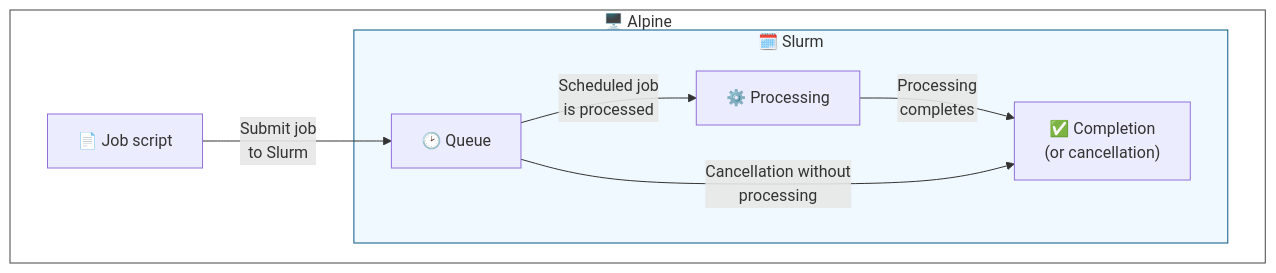
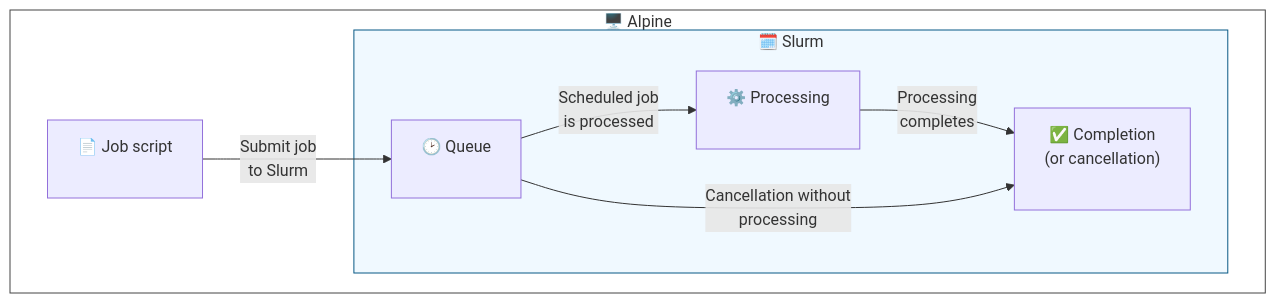
Before and after one commit to CU-DBMI/set-website: the fourth of 8 diagrams in _posts/2023-07-07-Using-Python-and-Anaconda-with-the-Alpine-HPC-Cluster.md, drawn with Mermaid. The commit also changed other lines of this file, not shown here.

Commit message:
use breaks to render mermaid properly

````diff
--- a/_posts/2023-07-07-Using-Python-and-Anaconda-with-the-Alpine-HPC-Cluster.md
+++ b/_posts/2023-07-07-Using-Python-and-Anaconda-with-the-Alpine-HPC-Cluster.md
@@ -159,20 +159,20 @@
 ```mermaid!
 flowchart LR
-    subgraph alpine["🖥️ Alpine"]
+    subgraph alpine["🖥️ Alpine<br/><br/>"]
         direction LR
-        script["📄 Job script"]
-        subgraph slurm["🗓️ Slurm"]
-            queue["🕑 Queue"]
-            processing["⚙️ Processing"]
-            completion["✅ Completion\n(or cancellation)"]
+        script["📄 Job script<br/><br/>"]
+        subgraph slurm["🗓️ Slurm<br/><br/>"]
+            queue["🕑 Queue<br/><br/>"]
+            processing["⚙️ Processing<br/><br/>"]
+            completion["✅ Completion\n(or cancellation)<br/><br/>"]
         end
     end
 
     script --> | Submit job\nto Slurm | queue
     queue --> | Scheduled job\nis processed | processing
     processing --> | Processing\ncompletes | completion
     queue --> | Cancellation without\nprocessing| completion
 
 style alpine fill:#ffffff,stroke:#444444;
 style slurm fill:#F0F9FF,stroke:#075985;
 ```
````
